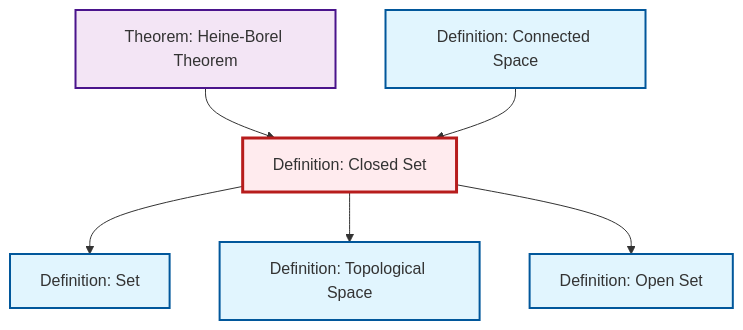
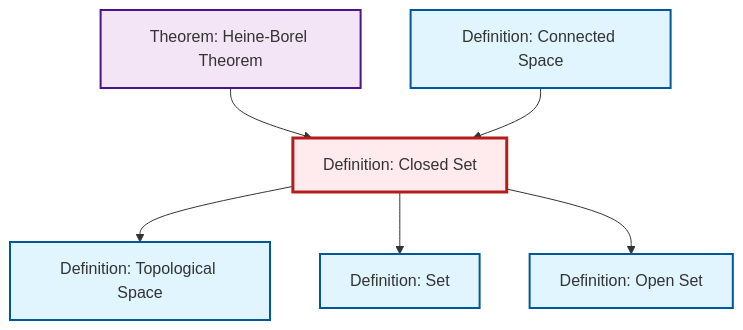
Before and after one commit to RK0429/ModernMath: the diagram in content/en/topology/def-closed-set.qmd, drawn with Mermaid. The commit also changed other lines of this file and 615 other files, not shown here.

````diff
--- a/content/en/topology/def-closed-set.qmd
+++ b/content/en/topology/def-closed-set.qmd
@@ -44,26 +44,26 @@
 ```{mermaid}
 %%| fig-cap: "Local dependency graph"
 graph TD
     classDef definition fill:#e1f5fe,stroke:#01579b,stroke-width:2px
     classDef theorem fill:#f3e5f5,stroke:#4a148c,stroke-width:2px
     classDef axiom fill:#fff3e0,stroke:#e65100,stroke-width:2px
     classDef example fill:#e8f5e9,stroke:#1b5e20,stroke-width:2px
     classDef current fill:#ffebee,stroke:#b71c1c,stroke-width:3px
+    def-closed-set["Definition: Closed Set"]:::definition
+    def-set["Definition: Set"]:::definition
     def-open-set["Definition: Open Set"]:::definition
-    def-set["Definition: Set"]:::definition
+    def-connected["Definition: Connected Space"]:::definition
     thm-heine-borel["Theorem: Heine-Borel Theorem"]:::theorem
-    def-connected["Definition: Connected Space"]:::definition
-    def-closed-set["Definition: Closed Set"]:::definition
     def-topological-space["Definition: Topological Space"]:::definition
+    def-closed-set --> def-topological-space
+    def-closed-set --> def-set
+    def-closed-set --> def-open-set
     thm-heine-borel --> def-closed-set
     def-connected --> def-closed-set
-    def-closed-set --> def-set
-    def-closed-set --> def-topological-space
-    def-closed-set --> def-open-set
     class def-closed-set current
+    click def-set "def-set.html" "Go to Set definition"
     click def-open-set "def-open-set.html" "Go to Open Set definition"
-    click def-set "def-set.html" "Go to Set definition"
+    click def-connected "def-connected.html" "Go to Connected Space definition"
     click thm-heine-borel "thm-heine-borel.html" "Go to Heine-Borel Theorem theorem"
-    click def-connected "def-connected.html" "Go to Connected Space definition"
     click def-topological-space "def-topological-space.html" "Go to Topological Space definition"
 ```
````
